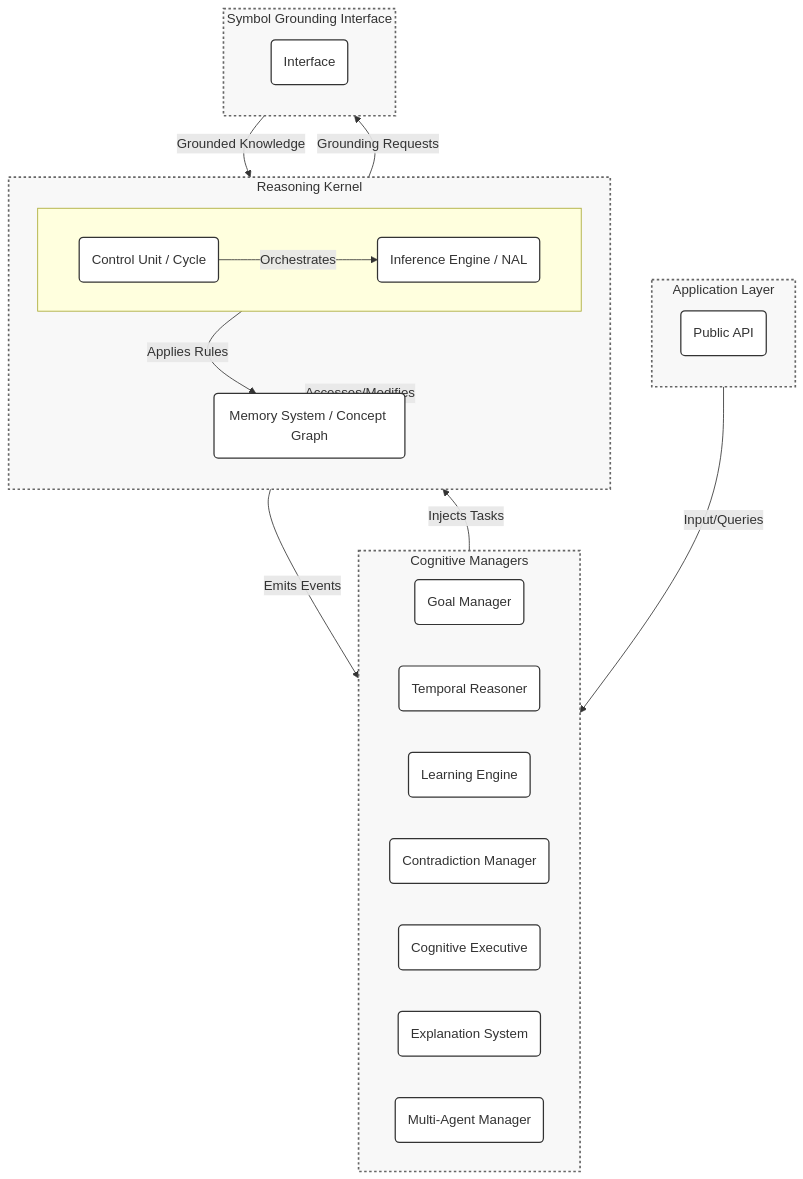
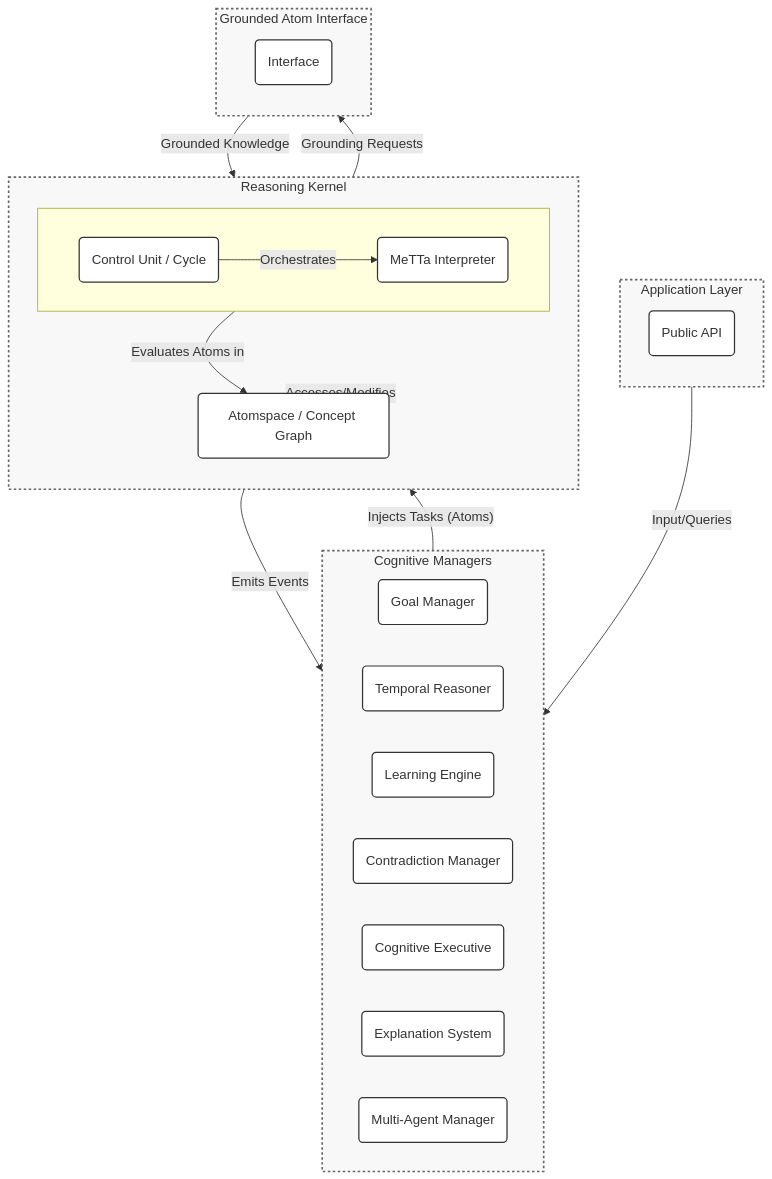
The first of 2 diagrams in README.md (automenta/hypernars2), drawn with Mermaid before and after one commit. The commit also changed other lines of this file and 1 other file, not shown here.

First line of the commit message:
Evolve HyperNARS Design with OpenCog Hyperon/MeTTa Concepts

````diff
--- a/README.md
+++ b/README.md
@@ -75,46 +78,46 @@
 ```mermaid
 graph TD
     subgraph AppLayer [Application Layer]
         direction TB
         API(Public API)
     end
 
     subgraph CogManagers [Cognitive Managers]
         direction LR
         GoalManager(Goal Manager)
         TemporalReasoner(Temporal Reasoner)
         LearningEngine(Learning Engine)
         ContradictionManager(Contradiction Manager)
         MetaReasoner(Cognitive Executive)
         ExplanationSystem(Explanation System)
         MultiAgentManager(Multi-Agent Manager)
     end
 
     subgraph Kernel [Reasoning Kernel]
         direction TB
         subgraph ControlInference [ ]
             direction LR
             ControlUnit(Control Unit / Cycle)
-            InferenceEngine(Inference Engine / NAL)
+            MeTTaInterpreter(MeTTa Interpreter)
         end
-        MemorySystem(Memory System / Concept Graph)
+        Atomspace(Atomspace / Concept Graph)
     end
 
-    subgraph Grounding [Symbol Grounding Interface]
+    subgraph Grounding [Grounded Atom Interface]
         direction TB
         GroundingInterface(Interface)
     end
 
     API -- "Input/Queries" --> CogManagers
-    CogManagers -- "Injects Tasks" --> Kernel
+    CogManagers -- "Injects Tasks (Atoms)" --> Kernel
     Kernel -- "Emits Events" --> CogManagers
-    Kernel -- "Accesses/Modifies" --> MemorySystem
-    InferenceEngine -- "Applies Rules" --> MemorySystem
-    ControlUnit -- "Orchestrates" --> InferenceEngine
+    Kernel -- "Accesses/Modifies" --> Atomspace
+    MeTTaInterpreter -- "Evaluates Atoms in" --> Atomspace
+    ControlUnit -- "Orchestrates" --> MeTTaInterpreter
     Kernel -- "Grounding Requests" --> Grounding
     Grounding -- "Grounded Knowledge" --> Kernel
 
     classDef default fill:#fff,stroke:#333,stroke-width:1.5px;
     classDef layer fill:#f8f8f8,stroke:#666,stroke-width:2px,stroke-dasharray: 3 3;
     class AppLayer,CogManagers,Kernel,Grounding layer;
 ```
````
